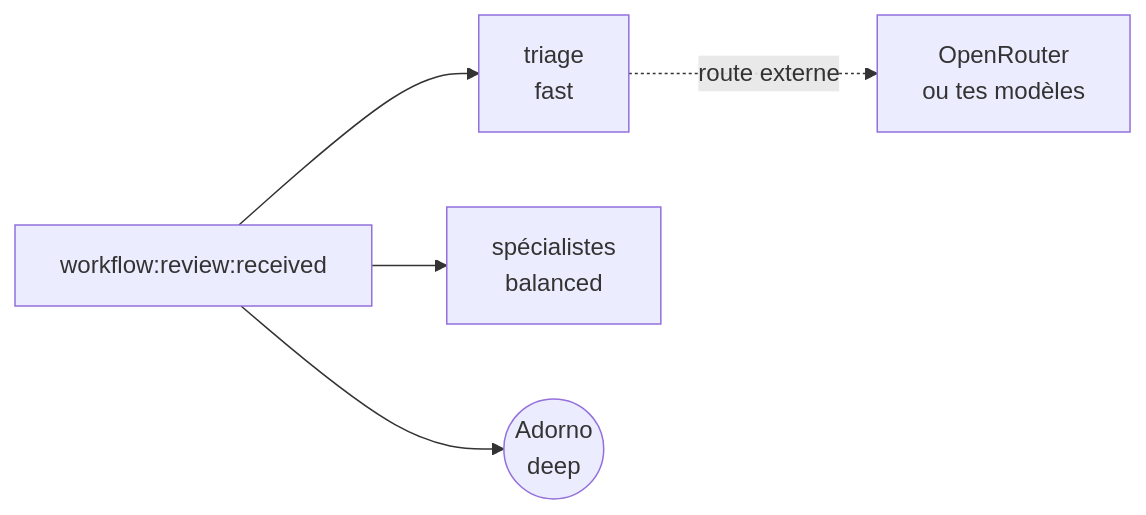
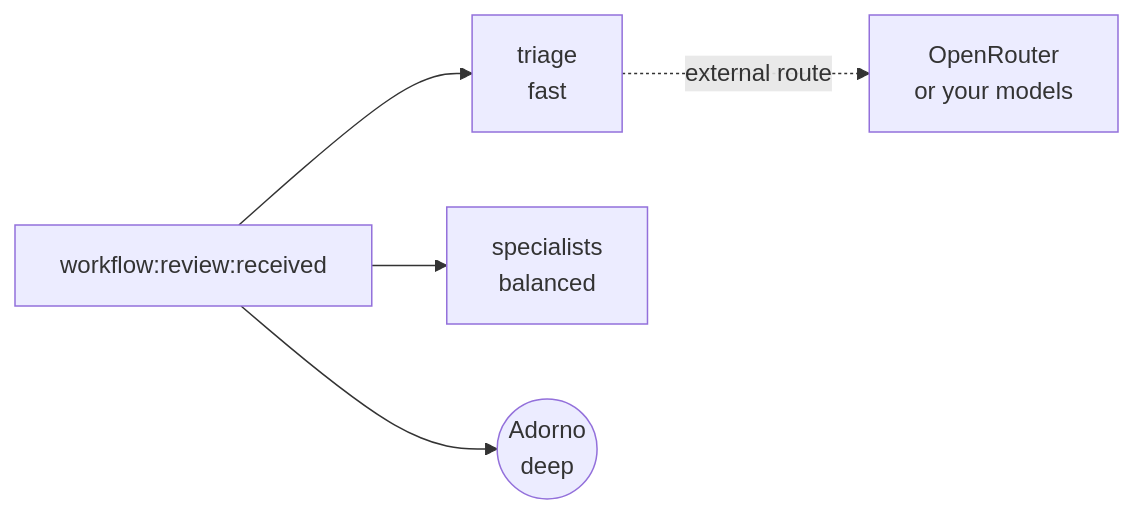
The fourth of 4 diagrams in docs/setup.md (nicolasmondain/adorno), drawn with Mermaid before and after one commit. The commit also changed other lines of this file and 379 other files, not shown here.

````diff
--- a/docs/setup.md
+++ b/docs/setup.md
@@ -260,7 +259,7 @@
 ```mermaid
 flowchart LR
   W["workflow:review:received"] --> T["triage<br/>fast"]
-  W --> S["spécialistes<br/>balanced"]
+  W --> S["specialists<br/>balanced"]
   W --> A(("Adorno<br/>deep"))
-  T -.->|"route externe"| O["OpenRouter<br/>ou tes modèles"]
+  T -.->|"external route"| O["OpenRouter<br/>or your models"]
 ```
````
